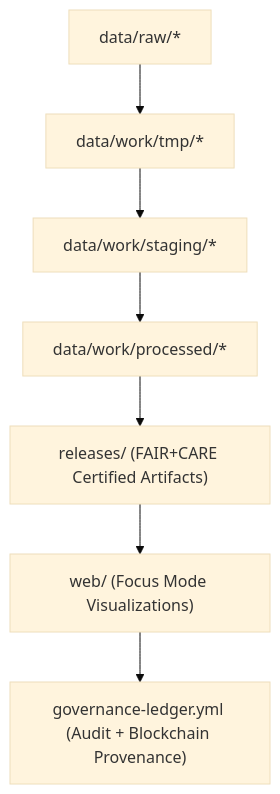
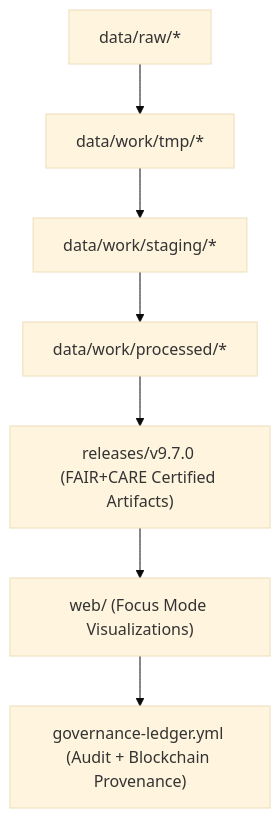
One commit to bartytime4life/Kansas-Frontier-Matrix changed the diagram in docs/architecture/repo-focus.md. Above: the diagram before and after it, drawn with Mermaid (base theme). The commit also changed other lines of this file, not shown here.

````diff
--- a/docs/architecture/repo-focus.md
+++ b/docs/architecture/repo-focus.md
@@ -81,9 +81,9 @@
 ```mermaid
 flowchart TD
     A["data/raw/*"] --> B["data/work/tmp/*"]
     B --> C["data/work/staging/*"]
     C --> D["data/work/processed/*"]
-    D --> E["releases/ (FAIR+CARE Certified Artifacts)"]
+    D --> E["releases/v9.7.0 (FAIR+CARE Certified Artifacts)"]
     E --> F["web/ (Focus Mode Visualizations)"]
     F --> G["governance-ledger.yml (Audit + Blockchain Provenance)"]
 ```
````
